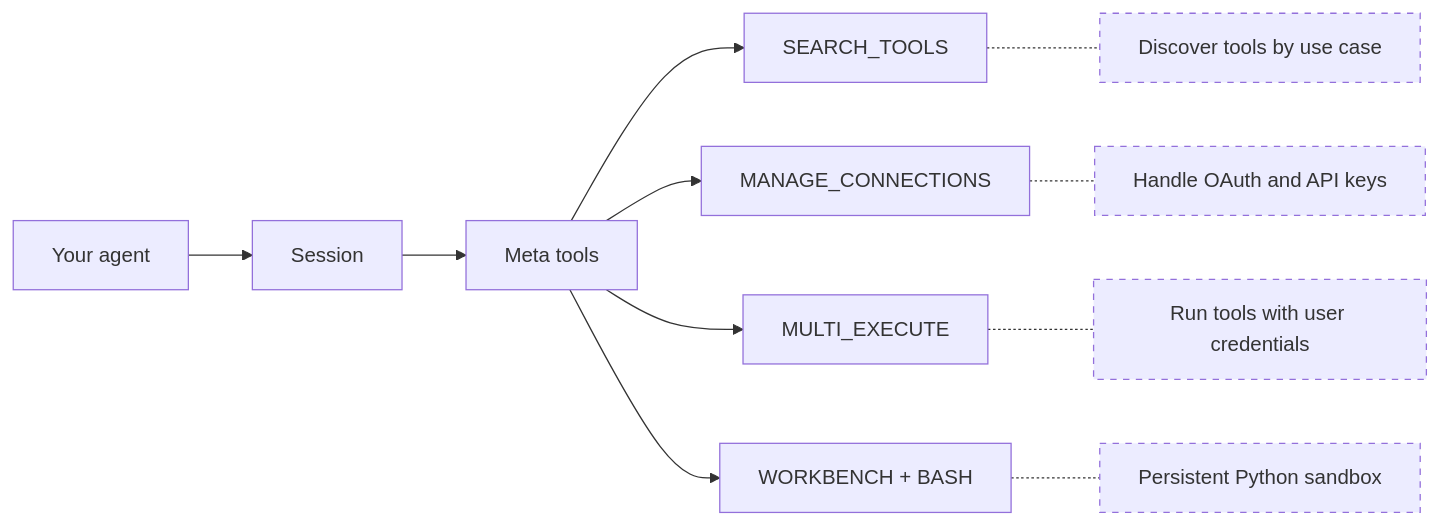
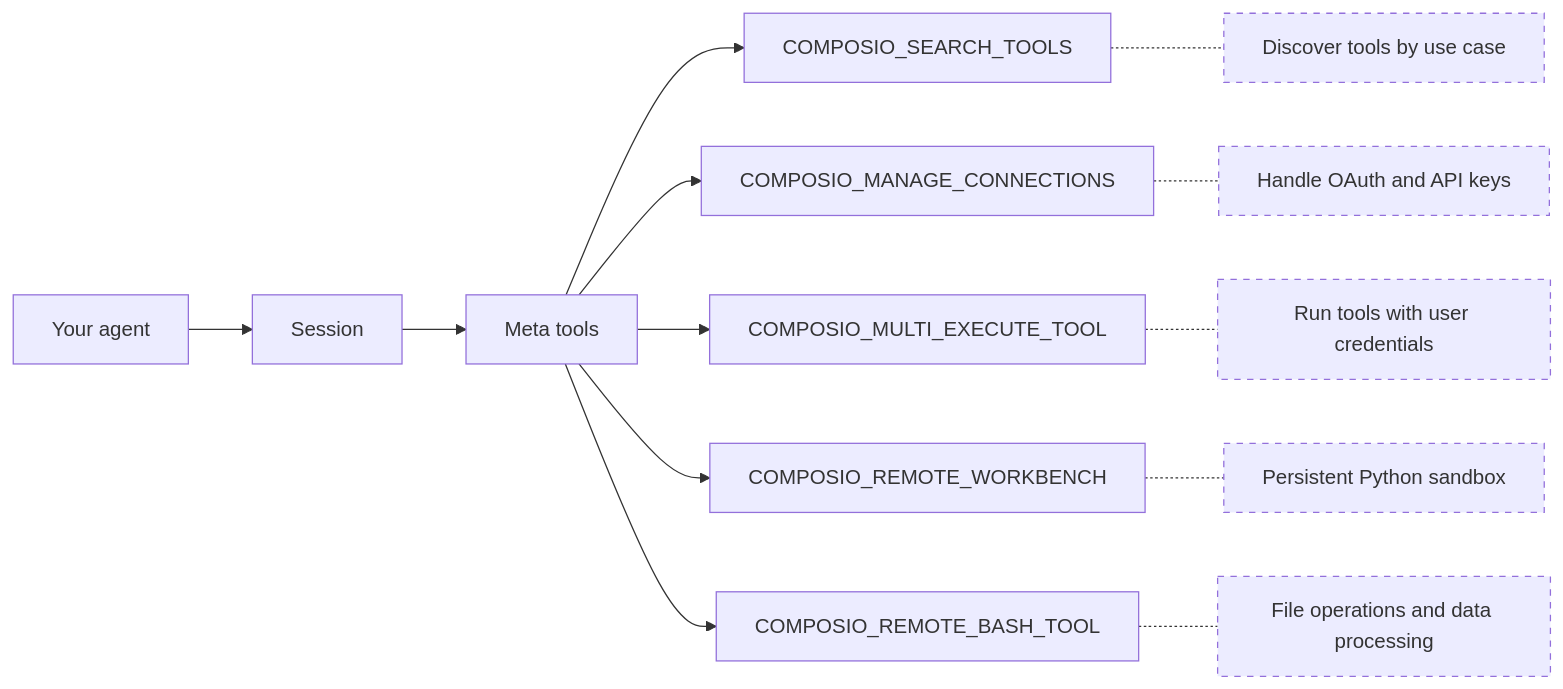
Before and after one commit to azaj01/composio: the diagram in docs/content/docs/how-composio-works.mdx, drawn with Mermaid.

Commit message:
docs: use full meta tool names in mermaid diagram

````diff
--- a/docs/content/docs/how-composio-works.mdx
+++ b/docs/content/docs/how-composio-works.mdx
@@ -41,16 +41,18 @@
 ```mermaid
 graph LR
     A["Your agent"] --> B["Session"]
     B --> C["Meta tools"]
-    C --> D["SEARCH_TOOLS"]
-    C --> E["MANAGE_CONNECTIONS"]
-    C --> F["MULTI_EXECUTE"]
-    C --> G["WORKBENCH + BASH"]
+    C --> D["COMPOSIO_SEARCH_TOOLS"]
+    C --> E["COMPOSIO_MANAGE_CONNECTIONS"]
+    C --> F["COMPOSIO_MULTI_EXECUTE_TOOL"]
+    C --> G["COMPOSIO_REMOTE_WORKBENCH"]
+    C --> H["COMPOSIO_REMOTE_BASH_TOOL"]
 
     D -.- D1["Discover tools by use case"]:::annotation
     E -.- E1["Handle OAuth and API keys"]:::annotation
     F -.- F1["Run tools with user credentials"]:::annotation
     G -.- G1["Persistent Python sandbox"]:::annotation
+    H -.- H1["File operations and data processing"]:::annotation
 
     classDef annotation stroke-dasharray: 5 5
 ```
````
